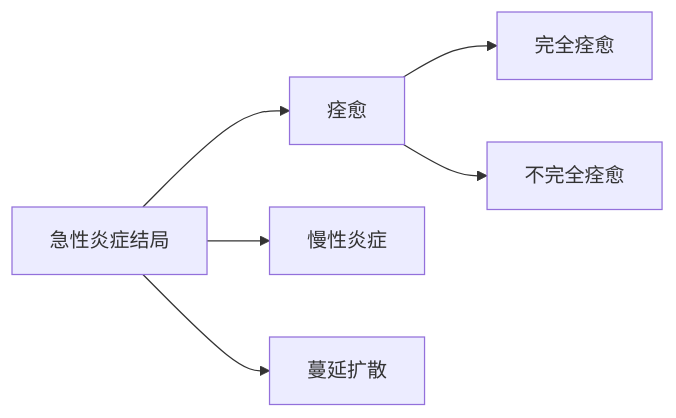
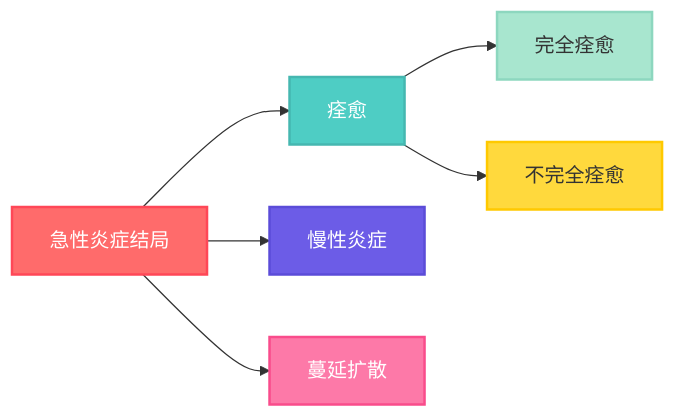
The third of 3 diagrams in 病理解剖学/第四章 炎症.md (Raymon-Lyu/Veterinary-Medicine), drawn with Mermaid before and after one commit. The commit also changed other lines of this file, not shown here.

````diff
--- a/病理解剖学/第四章 炎症.md
+++ b/病理解剖学/第四章 炎症.md
@@ -188,8 +185,15 @@
 ```mermaid
 graph LR
 	A[急性炎症结局] -->B[痊愈]
 	B-->C[完全痊愈]
 	B-->D[不完全痊愈]
 	A-->E[慢性炎症]
 	A-->F[蔓延扩散]
+	
+	style A fill:#FF6B6B,color:#fff,stroke:#FF4757,stroke-width:2px
+    style B fill:#4ECDC4,color:#fff,stroke:#45B7B0,stroke-width:2px
+    style C fill:#A8E6CF,color:#333,stroke:#8DD7BF,stroke-width:2px
+    style D fill:#FFD93D,color:#333,stroke:#FFC900,stroke-width:2px
+    style E fill:#6C5CE7,color:#fff,stroke:#5B4CD8,stroke-width:2px
+    style F fill:#FD79A8,color:#fff,stroke:#F94C8B,stroke-width:2px
 ```
````
